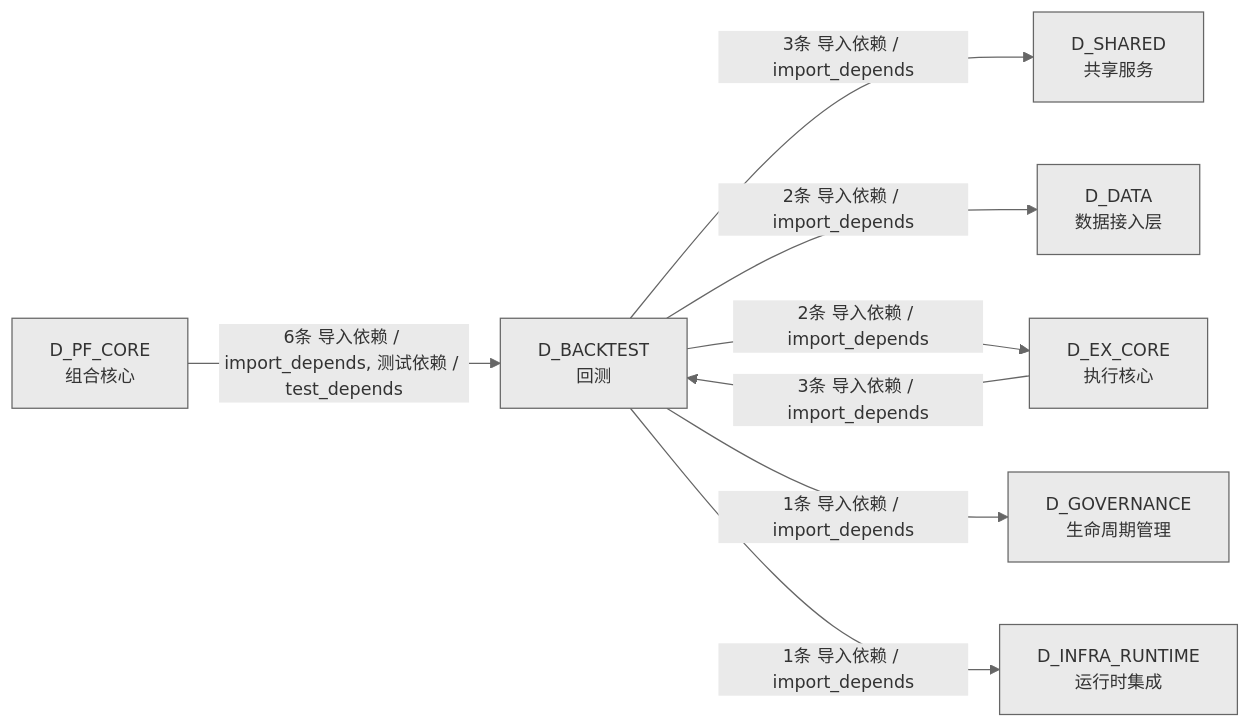
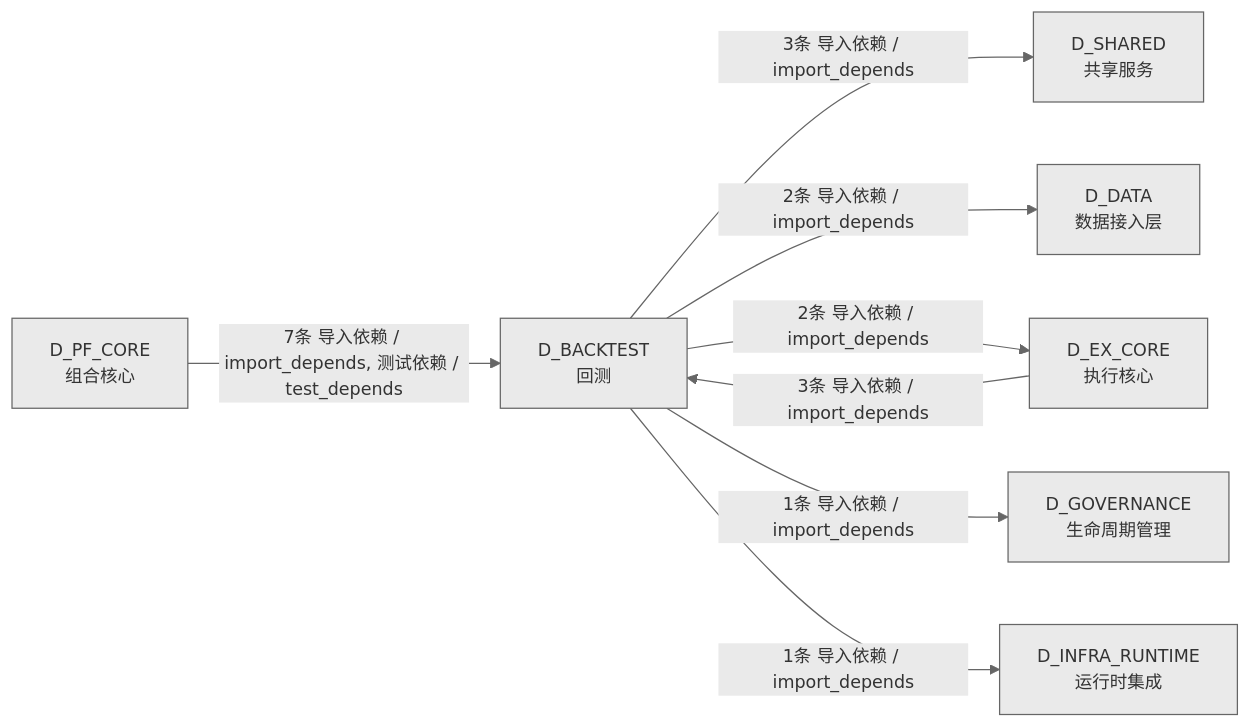
Before and after one commit to xuanFelixVan/ZephyrAlpha: the third of 3 diagrams in docs/02_enterprise_architecture/02_domain_architecture_docs/35_d_backtest.md, drawn with Mermaid. The commit also changed other lines of this file and 40 other files, not shown here.

````diff
--- a/docs/02_enterprise_architecture/02_domain_architecture_docs/35_d_backtest.md
+++ b/docs/02_enterprise_architecture/02_domain_architecture_docs/35_d_backtest.md
@@ -308,18 +311,18 @@
 ```mermaid
 %%{init: {'theme': 'base', 'themeVariables': {'primaryColor': '#eaeaea', 'primaryTextColor': '#333333', 'primaryBorderColor': '#666666', 'lineColor': '#666666', 'secondaryColor': '#eaeaea', 'tertiaryColor': '#eaeaea', 'fontSize': '14px'}}}%%
 graph LR
     D_BACKTEST["D_BACKTEST<br/>回测"]
     D_SHARED["D_SHARED<br/>共享服务"]
     D_DATA["D_DATA<br/>数据接入层"]
     D_EX_CORE["D_EX_CORE<br/>执行核心"]
     D_GOVERNANCE["D_GOVERNANCE<br/>生命周期管理"]
     D_INFRA_RUNTIME["D_INFRA_RUNTIME<br/>运行时集成"]
     D_PF_CORE["D_PF_CORE<br/>组合核心"]
     D_BACKTEST -->|3条 导入依赖 / import_depends| D_SHARED
     D_BACKTEST -->|2条 导入依赖 / import_depends| D_DATA
     D_BACKTEST -->|2条 导入依赖 / import_depends| D_EX_CORE
     D_BACKTEST -->|1条 导入依赖 / import_depends| D_GOVERNANCE
     D_BACKTEST -->|1条 导入依赖 / import_depends| D_INFRA_RUNTIME
-    D_PF_CORE -->|6条 导入依赖 / import_depends, 测试依赖 / test_depends| D_BACKTEST
+    D_PF_CORE -->|7条 导入依赖 / import_depends, 测试依赖 / test_depends| D_BACKTEST
     D_EX_CORE -->|3条 导入依赖 / import_depends| D_BACKTEST
 ```
````
